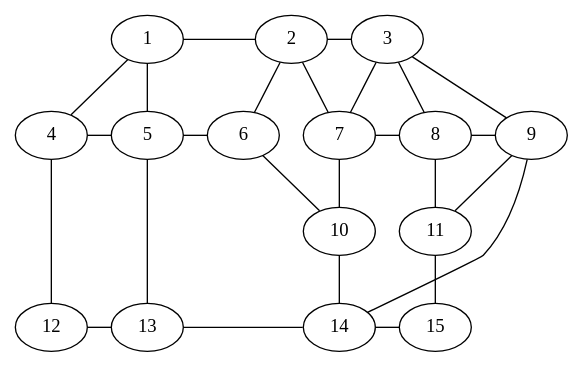
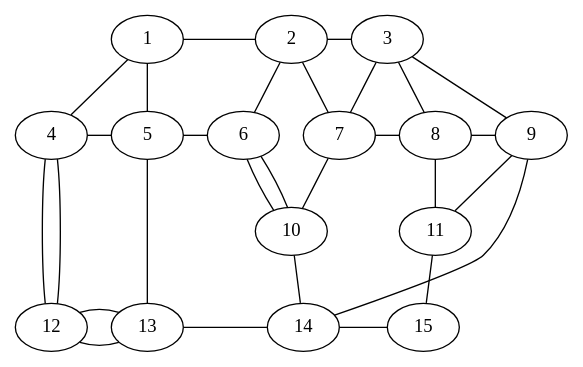
The ninth of 9 diagrams in docs/Koh-Dong-Tay-Introduction-to-Graph-Theory/Chapter-1.md (bcatalfo/Math-Solutions), drawn with Graphviz before and after one commit. The commit also changed 1 other file, not shown here.

Commit message:
Fixed the graph in (4).

````diff
--- a/docs/Koh-Dong-Tay-Introduction-to-Graph-Theory/Chapter-1.md
+++ b/docs/Koh-Dong-Tay-Introduction-to-Graph-Theory/Chapter-1.md
@@ -369,69 +369,72 @@
 ```dot
 graph {
     {
         rank = same
         1
         2
         3
     }
     {
         rank = same
         4
         5
         6
         7
         8
         9
     }
     {
         rank = same
         10
         11
     }
     {
         rank = same
         12
         13
         14
         15
     }
     1 -- 2
     1 -- 4
     1 -- 5
 
     2 -- 6
     2 -- 7
     2 -- 3
 
     3 -- 7
     3 -- 8
     3 -- 9
 
     4 -- 5
     4 -- 12
+    4 -- 12
 
     5 -- 6
     5 -- 13
 
+    6 -- 10
     6 -- 10
 
     7 -- 10
     7 -- 8
 
     8 -- 9
     8 -- 11
 
     9 -- 11
     9 -- 14
 
     10 -- 14
 
     11 -- 15
 
     12 -- 13
+    12 -- 13
 
     13 -- 14
 
     14 -- 15
 }
 ```
````
